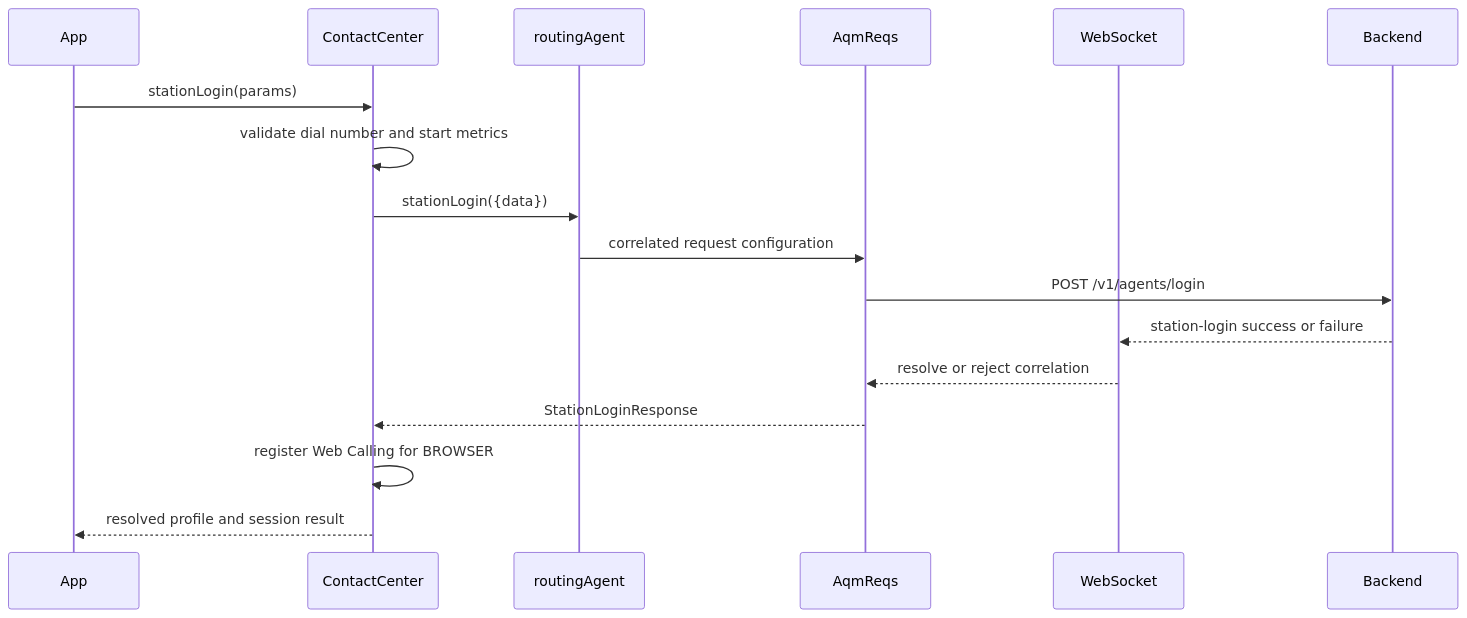
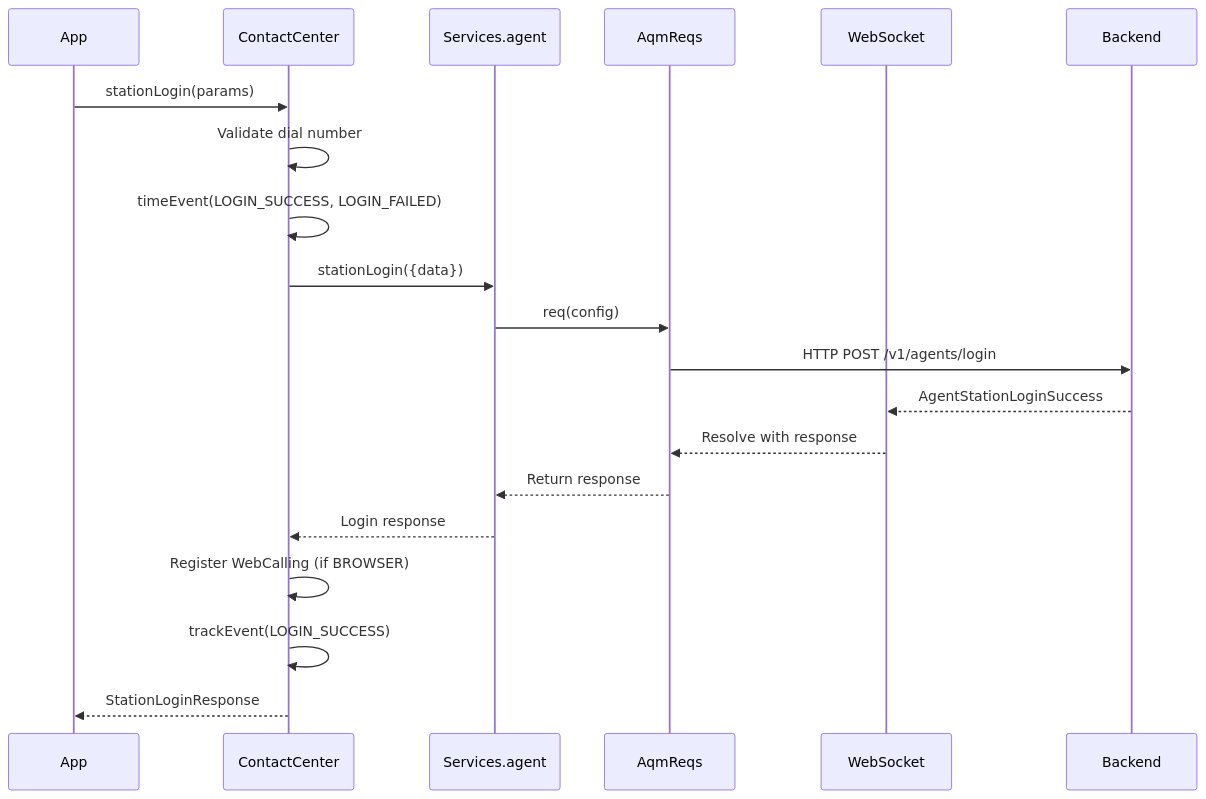
One commit to webex/webex-js-sdk changed the second of 5 diagrams in packages/@webex/contact-center/src/services/agent/ai-docs/ARCHITECTURE.md. Above: the diagram before and after it, drawn with Mermaid. The commit also changed other lines of this file and 12 other files, not shown here.

````diff
--- a/packages/@webex/contact-center/src/services/agent/ai-docs/ARCHITECTURE.md
+++ b/packages/@webex/contact-center/src/services/agent/ai-docs/ARCHITECTURE.md
@@ -105,19 +88,22 @@
 ```mermaid
 sequenceDiagram
     participant App
     participant CC as ContactCenter
-    participant Agent as routingAgent
+    participant Svc as Services.agent
     participant AQM as AqmReqs
     participant WS as WebSocket
-    participant Backend
+    participant BE as Backend
     App->>CC: stationLogin(params)
-    CC->>CC: validate dial number and start metrics
-    CC->>Agent: stationLogin({data})
-    Agent->>AQM: correlated request configuration
-    AQM->>Backend: POST /v1/agents/login
-    Backend-->>WS: station-login success or failure
-    WS-->>AQM: resolve or reject correlation
-    AQM-->>CC: StationLoginResponse
-    CC->>CC: register Web Calling for BROWSER
-    CC-->>App: resolved profile and session result
+    CC->>CC: Validate dial number
+    CC->>CC: timeEvent(LOGIN_SUCCESS, LOGIN_FAILED)
+    CC->>Svc: stationLogin({data})
+    Svc->>AQM: req(config)
+    AQM->>BE: HTTP POST /v1/agents/login
+    BE-->>WS: AgentStationLoginSuccess
+    WS-->>AQM: Resolve with response
+    AQM-->>Svc: Return response
+    Svc-->>CC: Login response
+    CC->>CC: Register WebCalling (if BROWSER)
+    CC->>CC: trackEvent(LOGIN_SUCCESS)
+    CC-->>App: StationLoginResponse
 ```
````
